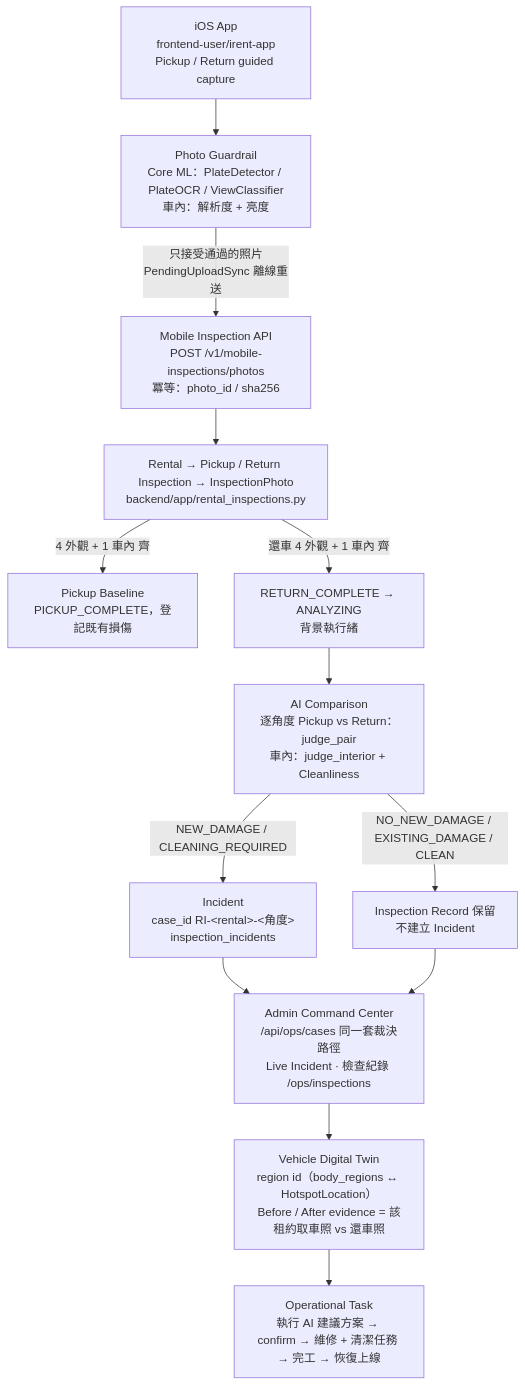
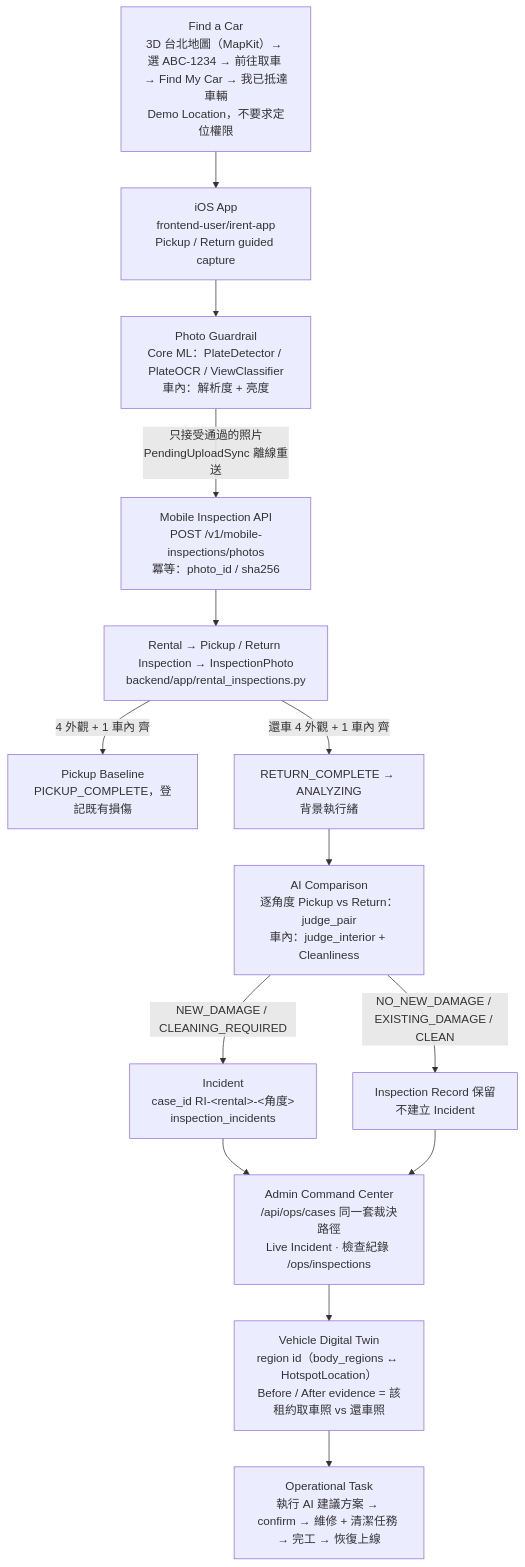
The diagram in E2E_INSPECTION_FLOW.md (TimmyChen1110/iRent-AI), drawn with Mermaid before and after one commit. The commit also changed other lines of this file and 5 other files, not shown here.

First line of the commit message:
feat(ios): Find a Car — 3D 台北地圖找車 → 前往取車 → Find My Car → 既有取車檢查

````diff
--- a/E2E_INSPECTION_FLOW.md
+++ b/E2E_INSPECTION_FLOW.md
@@ -8,15 +8,16 @@
 ```mermaid
 flowchart TD
+    A0[Find a Car<br/>3D 台北地圖（MapKit）→ 選 ABC-1234 → 前往取車 → Find My Car → 我已抵達車輛<br/>Demo Location，不要求定位權限] --> A
     A[iOS App<br/>frontend-user/irent-app<br/>Pickup / Return guided capture] --> B[Photo Guardrail<br/>Core ML：PlateDetector / PlateOCR / ViewClassifier<br/>車內：解析度 + 亮度]
     B -->|只接受通過的照片<br/>PendingUploadSync 離線重送| C[Mobile Inspection API<br/>POST /v1/mobile-inspections/photos<br/>冪等：photo_id / sha256]
     C --> D[Rental → Pickup / Return Inspection → InspectionPhoto<br/>backend/app/rental_inspections.py]
     D -->|4 外觀 + 1 車內 齊| E[Pickup Baseline<br/>PICKUP_COMPLETE，登記既有損傷]
     D -->|還車 4 外觀 + 1 車內 齊| F[RETURN_COMPLETE → ANALYZING<br/>背景執行緒]
     F --> G[AI Comparison<br/>逐角度 Pickup vs Return：judge_pair<br/>車內：judge_interior + Cleanliness]
     G -->|NEW_DAMAGE / CLEANING_REQUIRED| H[Incident<br/>case_id RI-&lt;rental&gt;-&lt;角度&gt;<br/>inspection_incidents]
     G -->|NO_NEW_DAMAGE / EXISTING_DAMAGE / CLEAN| I[Inspection Record 保留<br/>不建立 Incident]
     H --> J[Admin Command Center<br/>/api/ops/cases 同一套裁決路徑<br/>Live Incident · 檢查紀錄 /ops/inspections]
     I --> J
     J --> K[Vehicle Digital Twin<br/>region id（body_regions ↔ HotspotLocation）<br/>Before / After evidence = 該租約取車照 vs 還車照]
     K --> L[Operational Task<br/>執行 AI 建議方案 → confirm → 維修 + 清潔任務 → 完工 → 恢復上線]
 ```
````
